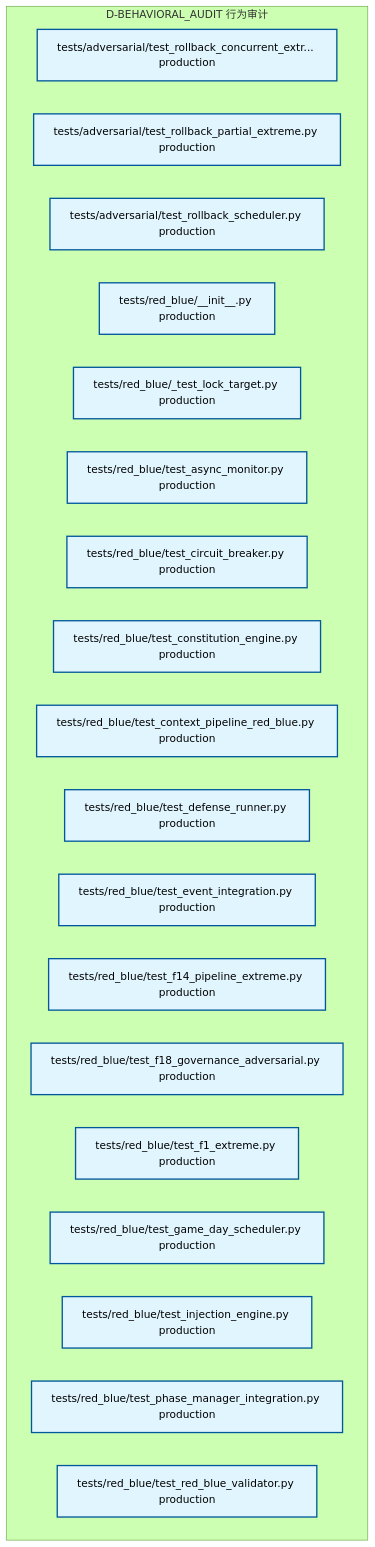
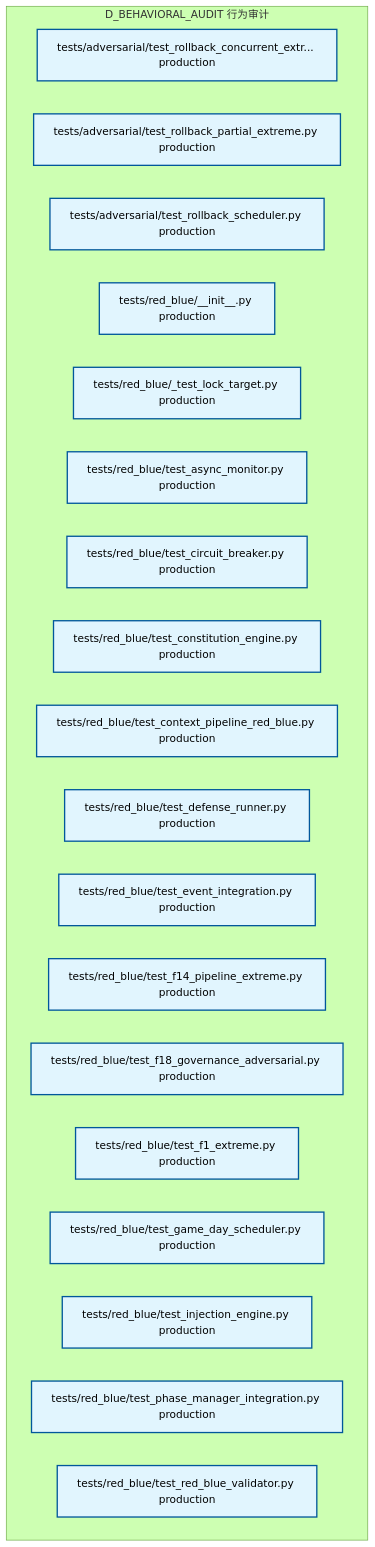
One commit to xuanFelixVan/ZephyrAlpha changed the third of 3 diagrams in docs/02_enterprise_architecture/02_domain_architecture_docs/08_d_behavioral_audit.md. Above: the diagram before and after it, drawn with Mermaid (forest theme). The commit also changed other lines of this file and 1359 other files, not shown here.

````diff
--- a/docs/02_enterprise_architecture/02_domain_architecture_docs/08_d_behavioral_audit.md
+++ b/docs/02_enterprise_architecture/02_domain_architecture_docs/08_d_behavioral_audit.md
@@ -192,28 +192,28 @@
 ```mermaid
 graph TD
-    subgraph D_BEHAVIORAL_AUDIT["D-BEHAVIORAL_AUDIT 行为审计"]
+    subgraph D_BEHAVIORAL_AUDIT["D_BEHAVIORAL_AUDIT 行为审计"]
         tests_adversarial_test_rollback_concurrent_extreme_py["tests/adversarial/test_rollback_concurrent_extr... production"]
         tests_adversarial_test_rollback_partial_extreme_py["tests/adversarial/test_rollback_partial_extreme.py production"]
         tests_adversarial_test_rollback_scheduler_py["tests/adversarial/test_rollback_scheduler.py production"]
         tests_red_blue_init_py["tests/red_blue/__init__.py production"]
         tests_red_blue_test_lock_target_py["tests/red_blue/_test_lock_target.py production"]
         tests_red_blue_test_async_monitor_py["tests/red_blue/test_async_monitor.py production"]
         tests_red_blue_test_circuit_breaker_py["tests/red_blue/test_circuit_breaker.py production"]
         tests_red_blue_test_constitution_engine_py["tests/red_blue/test_constitution_engine.py production"]
         tests_red_blue_test_context_pipeline_red_blue_py["tests/red_blue/test_context_pipeline_red_blue.py production"]
         tests_red_blue_test_defense_runner_py["tests/red_blue/test_defense_runner.py production"]
         tests_red_blue_test_event_integration_py["tests/red_blue/test_event_integration.py production"]
         tests_red_blue_test_f14_pipeline_extreme_py["tests/red_blue/test_f14_pipeline_extreme.py production"]
         tests_red_blue_test_f18_governance_adversarial_py["tests/red_blue/test_f18_governance_adversarial.py production"]
         tests_red_blue_test_f1_extreme_py["tests/red_blue/test_f1_extreme.py production"]
         tests_red_blue_test_game_day_scheduler_py["tests/red_blue/test_game_day_scheduler.py production"]
         tests_red_blue_test_injection_engine_py["tests/red_blue/test_injection_engine.py production"]
         tests_red_blue_test_phase_manager_integration_py["tests/red_blue/test_phase_manager_integration.py production"]
         tests_red_blue_test_red_blue_validator_py["tests/red_blue/test_red_blue_validator.py production"]
     end
     classDef production fill:#e1f5fe,stroke:#01579b,stroke-width:2px,color:#000
     classDef design fill:#fff3e0,stroke:#e65100,stroke-width:2px,color:#000,stroke-dasharray: 5 5
     classDef external_prod fill:#e8f5e9,stroke:#1b5e20,stroke-width:1px,color:#000
     classDef external_design fill:#fce4ec,stroke:#880e4f,stroke-width:1px,color:#000,stroke-dasharray: 5 5
     class tests_adversarial_test_rollback_concurrent_extreme_py,tests_adversarial_test_rollback_partial_extreme_py,tests_adversarial_test_rollback_scheduler_py,tests_red_blue_init_py,tests_red_blue_test_lock_target_py,tests_red_blue_test_async_monitor_py,tests_red_blue_test_circuit_breaker_py,tests_red_blue_test_constitution_engine_py,tests_red_blue_test_context_pipeline_red_blue_py,tests_red_blue_test_defense_runner_py,tests_red_blue_test_event_integration_py,tests_red_blue_test_f14_pipeline_extreme_py,tests_red_blue_test_f18_governance_adversarial_py,tests_red_blue_test_f1_extreme_py,tests_red_blue_test_game_day_scheduler_py,tests_red_blue_test_injection_engine_py,tests_red_blue_test_phase_manager_integration_py,tests_red_blue_test_red_blue_validator_py production
 ```
````
